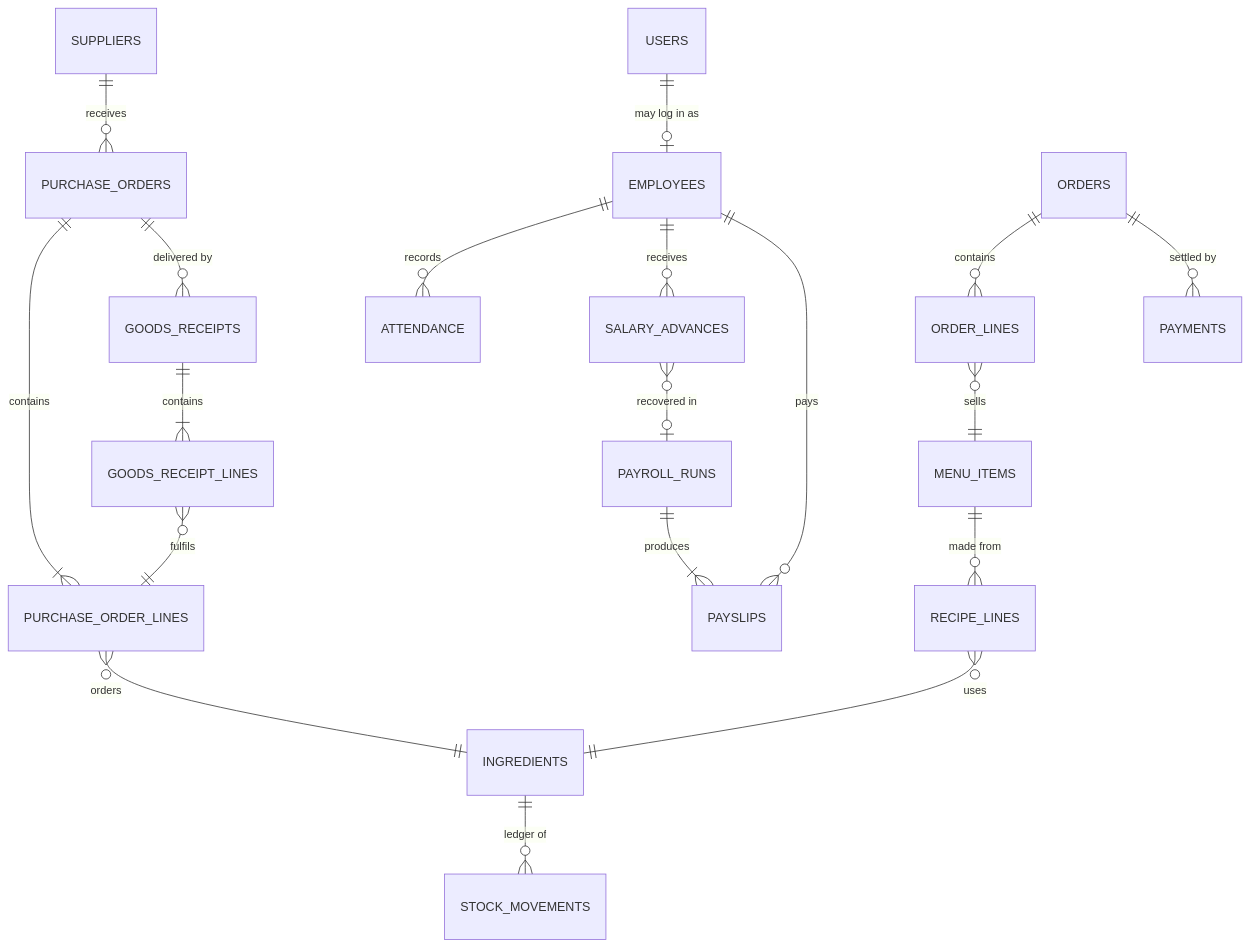
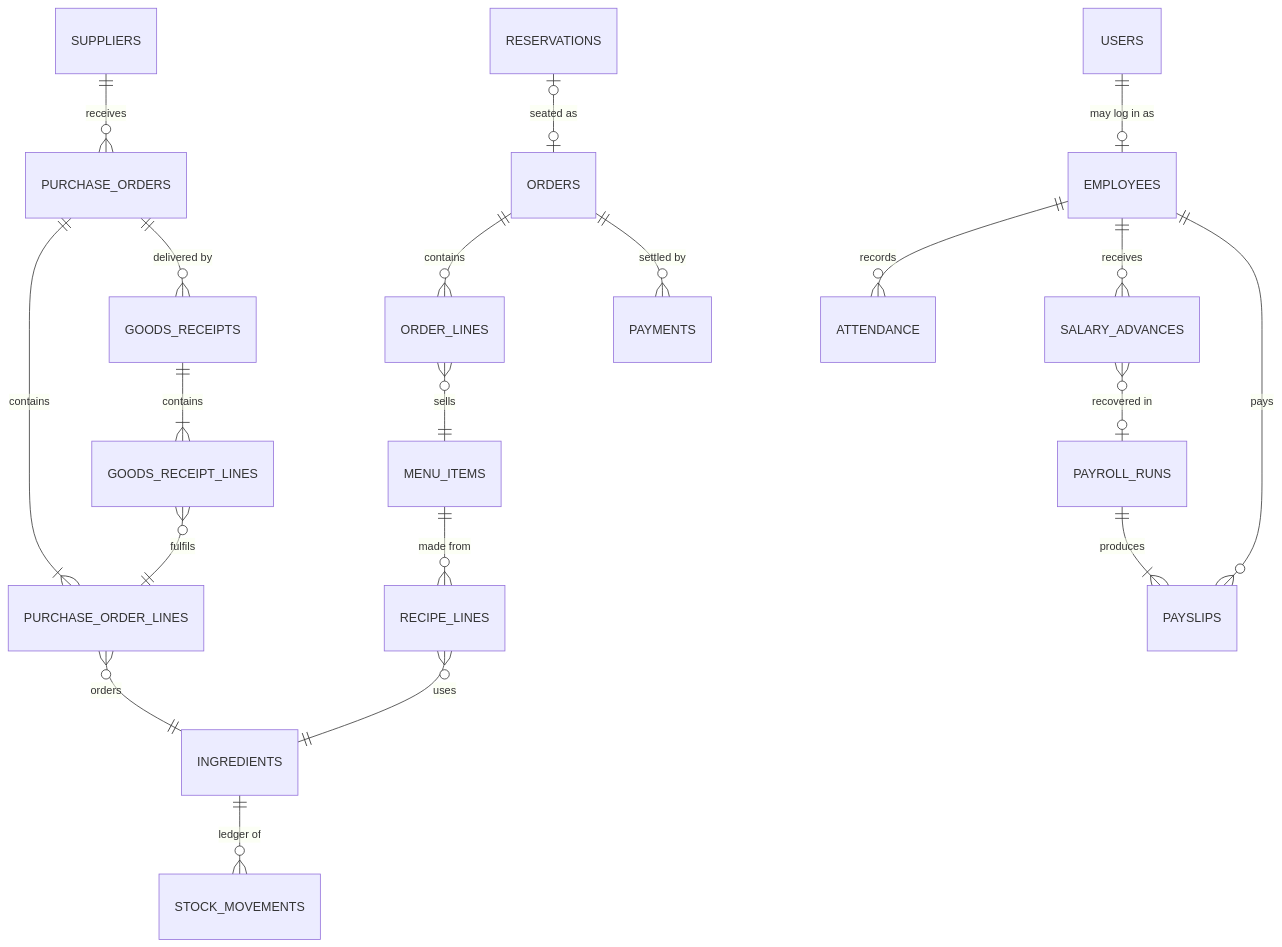
Before and after one commit to arulmr0/arulmr0.github.io: the diagram in hotel-food-service/docs/03-data-model.md, drawn with Mermaid. The commit also changed other lines of this file and 24 other files, not shown here.

````diff
--- a/hotel-food-service/docs/03-data-model.md
+++ b/hotel-food-service/docs/03-data-model.md
@@ -3,21 +3,22 @@
 ```mermaid
 erDiagram
     USERS ||--o| EMPLOYEES : "may log in as"
     SUPPLIERS ||--o{ PURCHASE_ORDERS : receives
     PURCHASE_ORDERS ||--|{ PURCHASE_ORDER_LINES : contains
     PURCHASE_ORDER_LINES }o--|| INGREDIENTS : orders
     PURCHASE_ORDERS ||--o{ GOODS_RECEIPTS : "delivered by"
     GOODS_RECEIPTS ||--|{ GOODS_RECEIPT_LINES : contains
     GOODS_RECEIPT_LINES }o--|| PURCHASE_ORDER_LINES : fulfils
     INGREDIENTS ||--o{ STOCK_MOVEMENTS : "ledger of"
     MENU_ITEMS ||--o{ RECIPE_LINES : "made from"
     RECIPE_LINES }o--|| INGREDIENTS : uses
     ORDERS ||--o{ ORDER_LINES : contains
     ORDER_LINES }o--|| MENU_ITEMS : sells
     ORDERS ||--o{ PAYMENTS : "settled by"
+    RESERVATIONS |o--o| ORDERS : "seated as"
     EMPLOYEES ||--o{ ATTENDANCE : records
     EMPLOYEES ||--o{ SALARY_ADVANCES : receives
     PAYROLL_RUNS ||--|{ PAYSLIPS : produces
     PAYSLIPS }o--|| EMPLOYEES : "pays"
     SALARY_ADVANCES }o--o| PAYROLL_RUNS : "recovered in"
 ```
````
